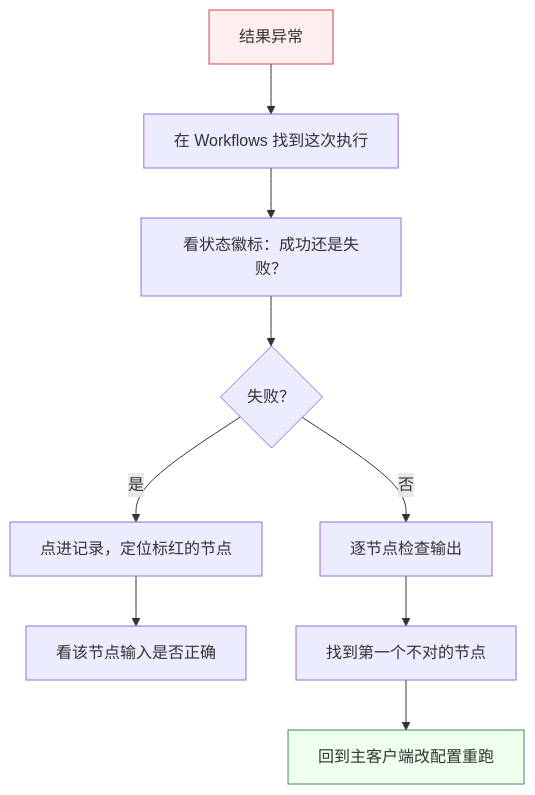
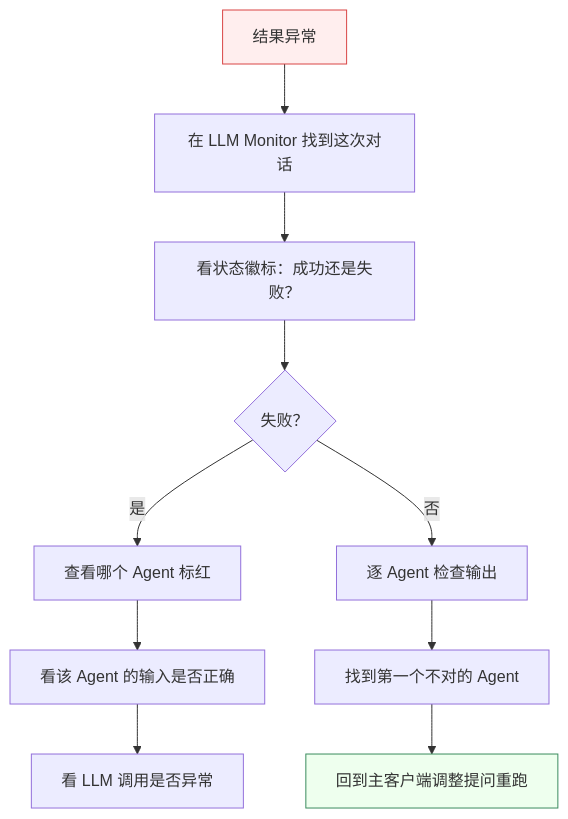
One commit to shixia9/MustBeTheSQL changed the second of 2 diagrams in sql-logic-docs/docs/guide/admin-dashboard.md. Above: the diagram before and after it, drawn with Mermaid. The commit also changed other lines of this file and 11 other files, not shown here.

````diff
--- a/sql-logic-docs/docs/guide/admin-dashboard.md
+++ b/sql-logic-docs/docs/guide/admin-dashboard.md
@@ -77,13 +83,14 @@
 ```mermaid
 flowchart TD
-  Start["结果异常"] --> S1["在 Workflows 找到这次执行"]
+  Start["结果异常"] --> S1["在 LLM Monitor 找到这次对话"]
   S1 --> S2["看状态徽标：成功还是失败？"]
   S2 --> S3{"失败？"}
-  S3 -- 是 --> F1["点进记录，定位标红的节点"]
-  F1 --> F2["看该节点输入是否正确"]
-  S3 -- 否 --> G1["逐节点检查输出"]
-  G1 --> G2["找到第一个不对的节点"]
-  G2 --> G3["回到主客户端改配置重跑"]
+  S3 -- 是 --> F1["查看哪个 Agent 标红"]
+  F1 --> F2["看该 Agent 的输入是否正确"]
+  F2 --> F3["看 LLM 调用是否异常"]
+  S3 -- 否 --> G1["逐 Agent 检查输出"]
+  G1 --> G2["找到第一个不对的 Agent"]
+  G2 --> G3["回到主客户端调整提问重跑"]
   style Start fill:#fee,stroke:#d94545
   style G3 fill:#efe,stroke:#3b8c5e
 ```
````
